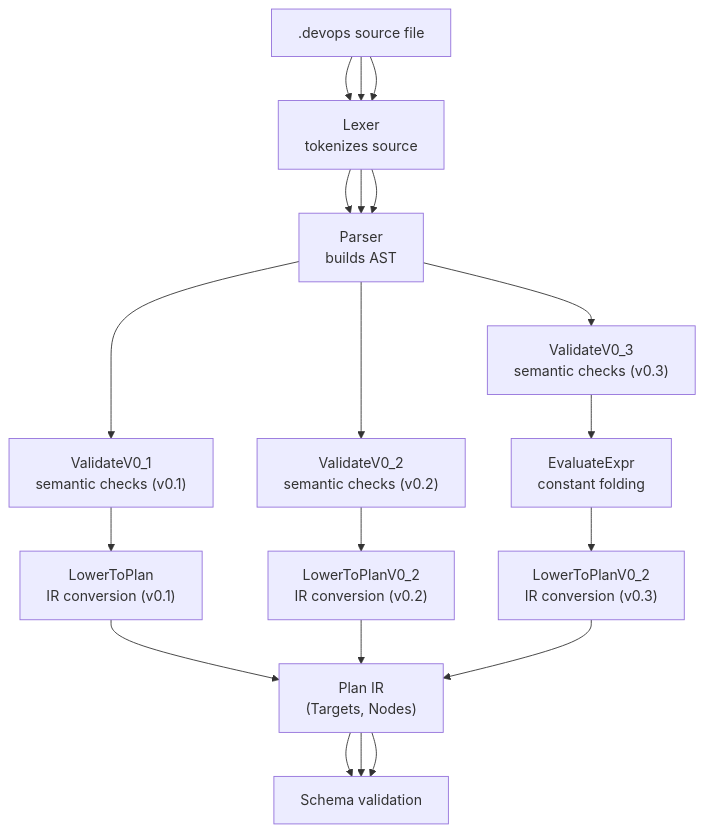
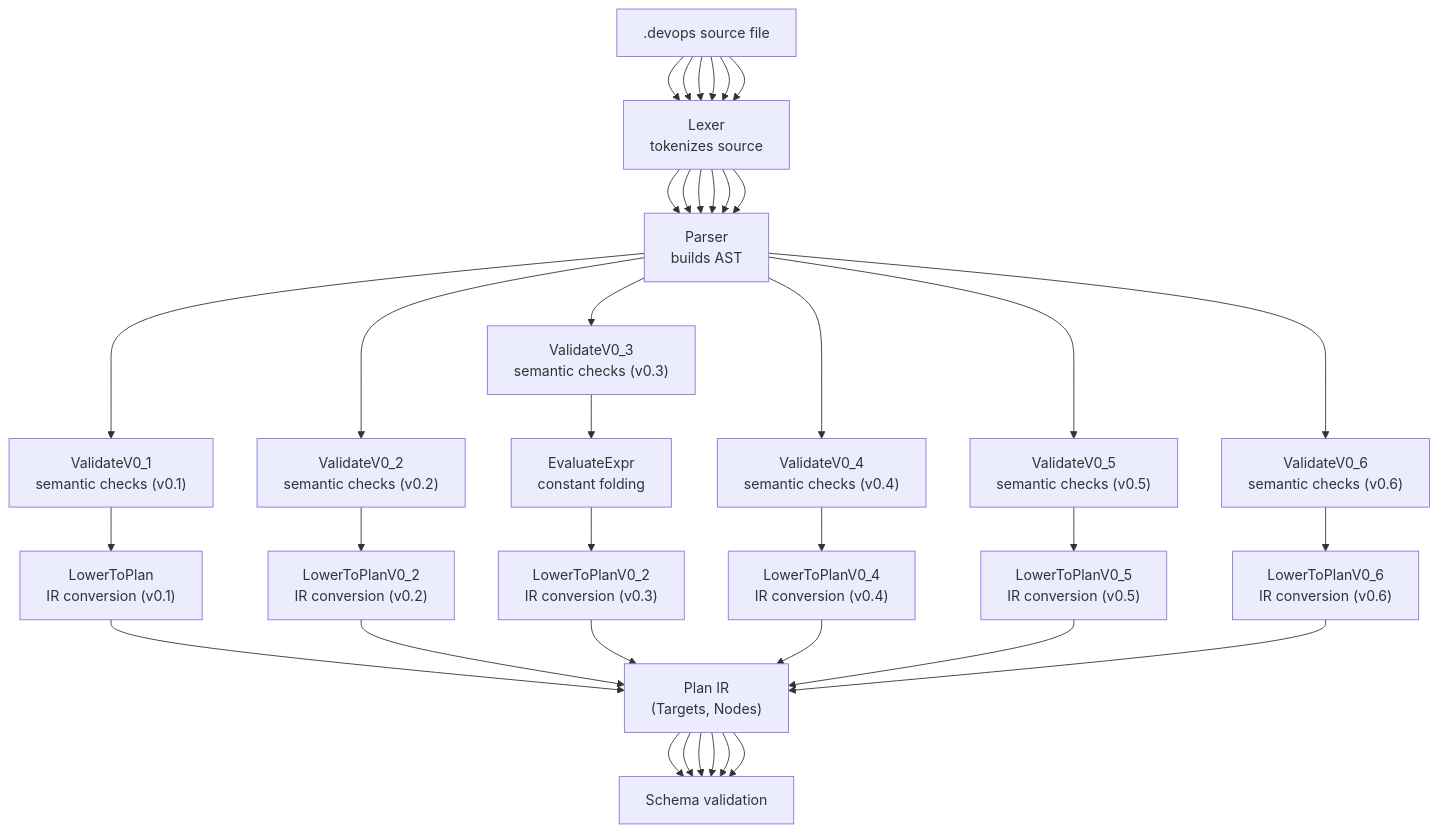
The first of 8 diagrams in .qoder/repowiki/en/content/.devops Language Reference/Language Syntax and Grammar.md (ahmednour1430464/dotdevops), drawn with Mermaid before and after one commit. The commit also changed other lines of this file and 12 other files, not shown here.

````diff
--- a/.qoder/repowiki/en/content/.devops Language Reference/Language Syntax and Grammar.md
+++ b/.qoder/repowiki/en/content/.devops Language Reference/Language Syntax and Grammar.md
@@ -55,18 +71,27 @@
 ```mermaid
 graph TB
 SRC[".devops source file"]
 LEX["Lexer<br/>tokenizes source"]
 PARSE["Parser<br/>builds AST"]
 VALID_V0_1["ValidateV0_1<br/>semantic checks (v0.1)"]
 VALID_V0_2["ValidateV0_2<br/>semantic checks (v0.2)"]
 VALID_V0_3["ValidateV0_3<br/>semantic checks (v0.3)"]
+VALID_V0_4["ValidateV0_4<br/>semantic checks (v0.4)"]
+VALID_V0_5["ValidateV0_5<br/>semantic checks (v0.5)"]
+VALID_V0_6["ValidateV0_6<br/>semantic checks (v0.6)"]
 EVAL["EvaluateExpr<br/>constant folding"]
 LOWER_V0_1["LowerToPlan<br/>IR conversion (v0.1)"]
 LOWER_V0_2["LowerToPlanV0_2<br/>IR conversion (v0.2)"]
 LOWER_V0_3["LowerToPlanV0_2<br/>IR conversion (v0.3)"]
+LOWER_V0_4["LowerToPlanV0_4<br/>IR conversion (v0.4)"]
+LOWER_V0_5["LowerToPlanV0_5<br/>IR conversion (v0.5)"]
+LOWER_V0_6["LowerToPlanV0_6<br/>IR conversion (v0.6)"]
 PLAN["Plan IR<br/>(Targets, Nodes)"]
 SCHEMA["Schema validation"]
 SRC --> LEX --> PARSE --> VALID_V0_1 --> LOWER_V0_1 --> PLAN --> SCHEMA
 SRC --> LEX --> PARSE --> VALID_V0_2 --> LOWER_V0_2 --> PLAN --> SCHEMA
 SRC --> LEX --> PARSE --> VALID_V0_3 --> EVAL --> LOWER_V0_3 --> PLAN --> SCHEMA
+SRC --> LEX --> PARSE --> VALID_V0_4 --> LOWER_V0_4 --> PLAN --> SCHEMA
+SRC --> LEX --> PARSE --> VALID_V0_5 --> LOWER_V0_5 --> PLAN --> SCHEMA
+SRC --> LEX --> PARSE --> VALID_V0_6 --> LOWER_V0_6 --> PLAN --> SCHEMA
 ```
````
